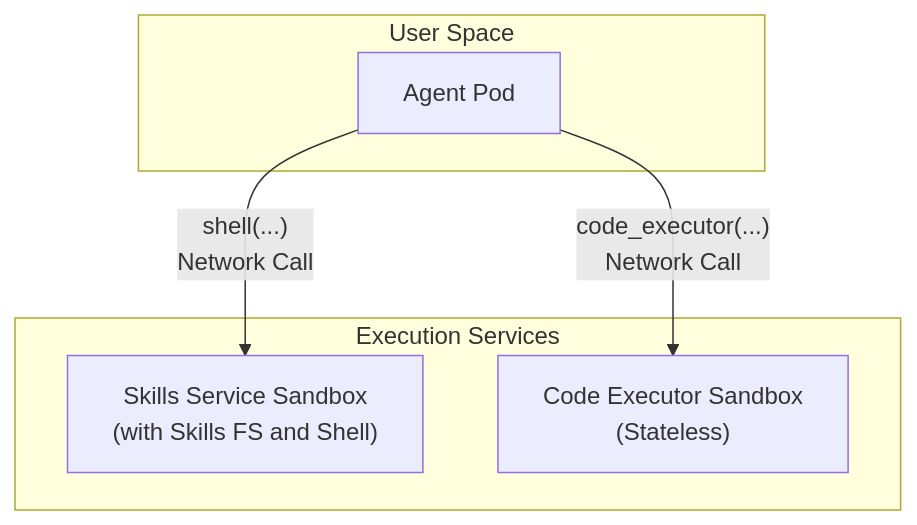
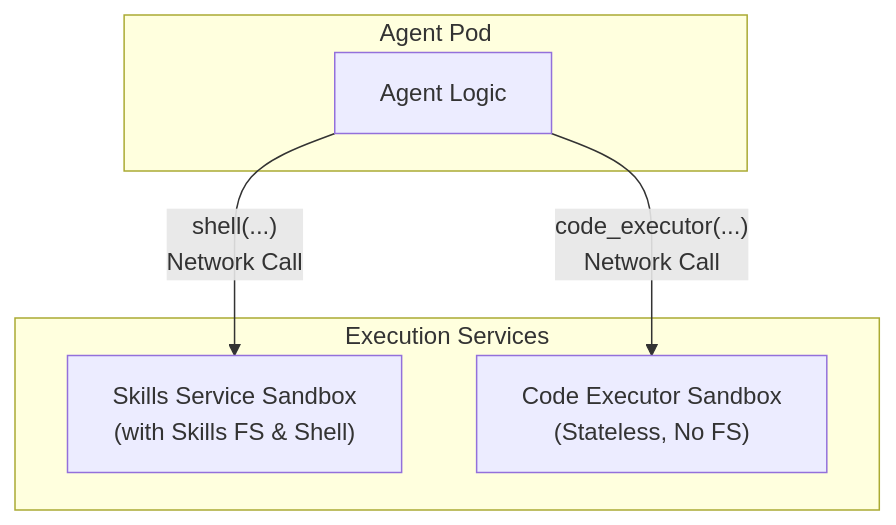
Before and after one commit to supreme-gg-gg/adk-python: the second of 3 diagrams in designs/skills_architecture.md, drawn with Mermaid. The commit also changed other lines of this file and 9 other files, not shown here.

````diff
--- a/designs/skills_architecture.md
+++ b/designs/skills_architecture.md
@@ -44,14 +46,14 @@
 ```mermaid
 graph TD
-    subgraph "User Space"
-        AgentPod[Agent Pod]
+    subgraph "Agent Pod"
+        AgentPod[Agent Logic]
     end
 
     subgraph "Execution Services"
-        SkillsService["Skills Service Sandbox<br/>(with Skills FS and Shell)"]
-        CodeExecutorService["Code Executor Sandbox<br/>(Stateless)"]
+        SkillsService["Skills Service Sandbox<br/>(with Skills FS & Shell)"]
+        CodeExecutorService["Code Executor Sandbox<br/>(Stateless, No FS)"]
     end
 
     AgentPod -- "shell(...)"<br/>Network Call --> SkillsService
     AgentPod -- "code_executor(...)"<br/>Network Call --> CodeExecutorService
 ```
````
